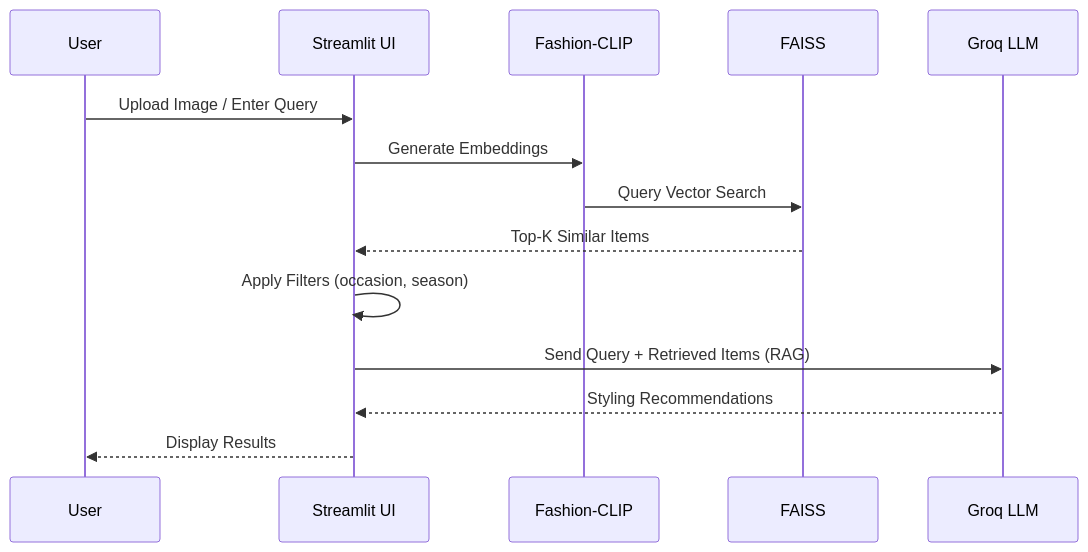
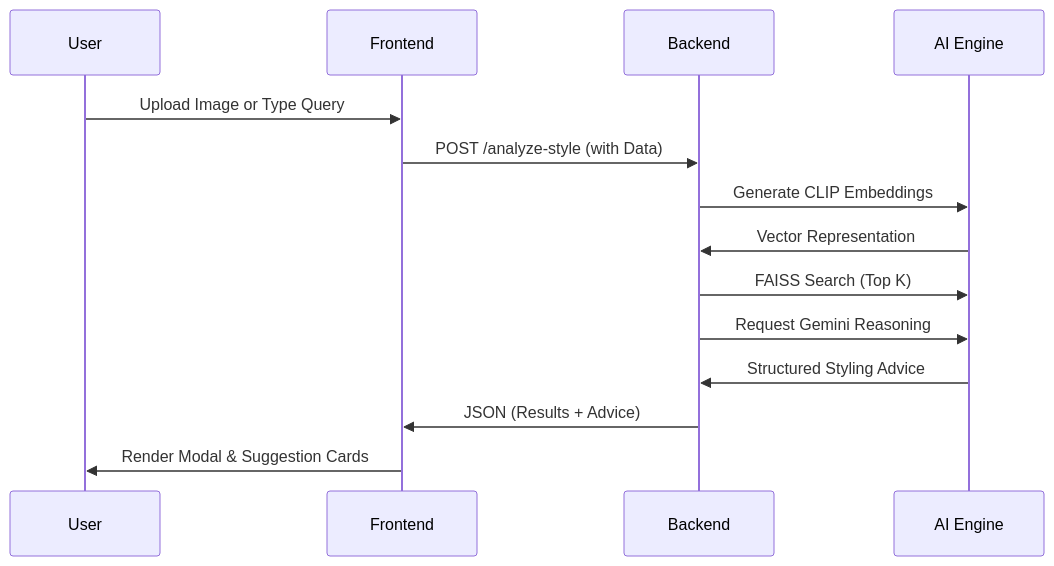
One commit to Anughna04/ai-fashion-styling-assistant changed the second of 2 diagrams in README.md. Above: the diagram before and after it, drawn with Mermaid. The commit also changed other lines of this file and 19 other files, not shown here.

````diff
--- a/README.md
+++ b/README.md
@@ -62,17 +34,17 @@
 ```mermaid
 sequenceDiagram
-    participant User
-    participant UI as Streamlit UI
-    participant CLIP as Fashion-CLIP
-    participant FAISS
-    participant LLM as Groq LLM
-
-    User->>UI: Upload Image / Enter Query
-    UI->>CLIP: Generate Embeddings
-    CLIP->>FAISS: Query Vector Search
-    FAISS-->>UI: Top-K Similar Items
-    UI->>UI: Apply Filters (occasion, season)
-    UI->>LLM: Send Query + Retrieved Items (RAG)
-    LLM-->>UI: Styling Recommendations
-    UI-->>User: Display Results
+    participant U as User
+    participant F as Frontend
+    participant B as Backend
+    participant AI as AI Engine
+    
+    U->>F: Upload Image or Type Query
+    F->>B: POST /analyze-style (with Data)
+    B->>AI: Generate CLIP Embeddings
+    AI->>B: Vector Representation
+    B->>AI: FAISS Search (Top K)
+    B->>AI: Request Gemini Reasoning
+    AI->>B: Structured Styling Advice
+    B->>F: JSON (Results + Advice)
+    F->>U: Render Modal & Suggestion Cards
 ```
````
